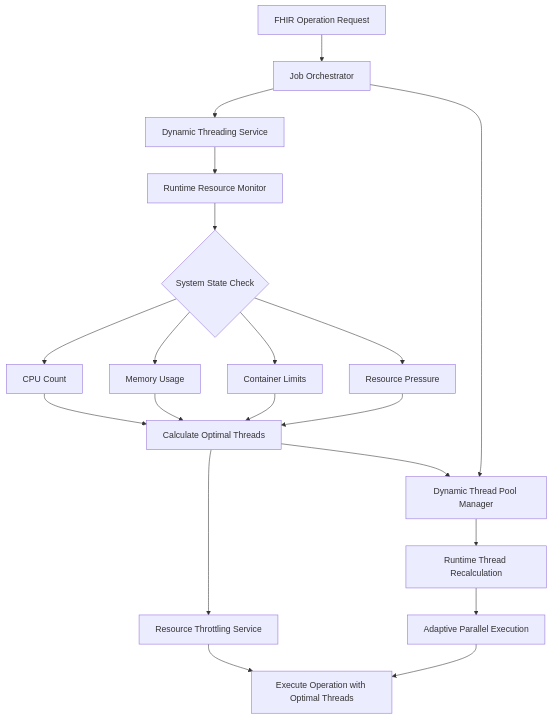
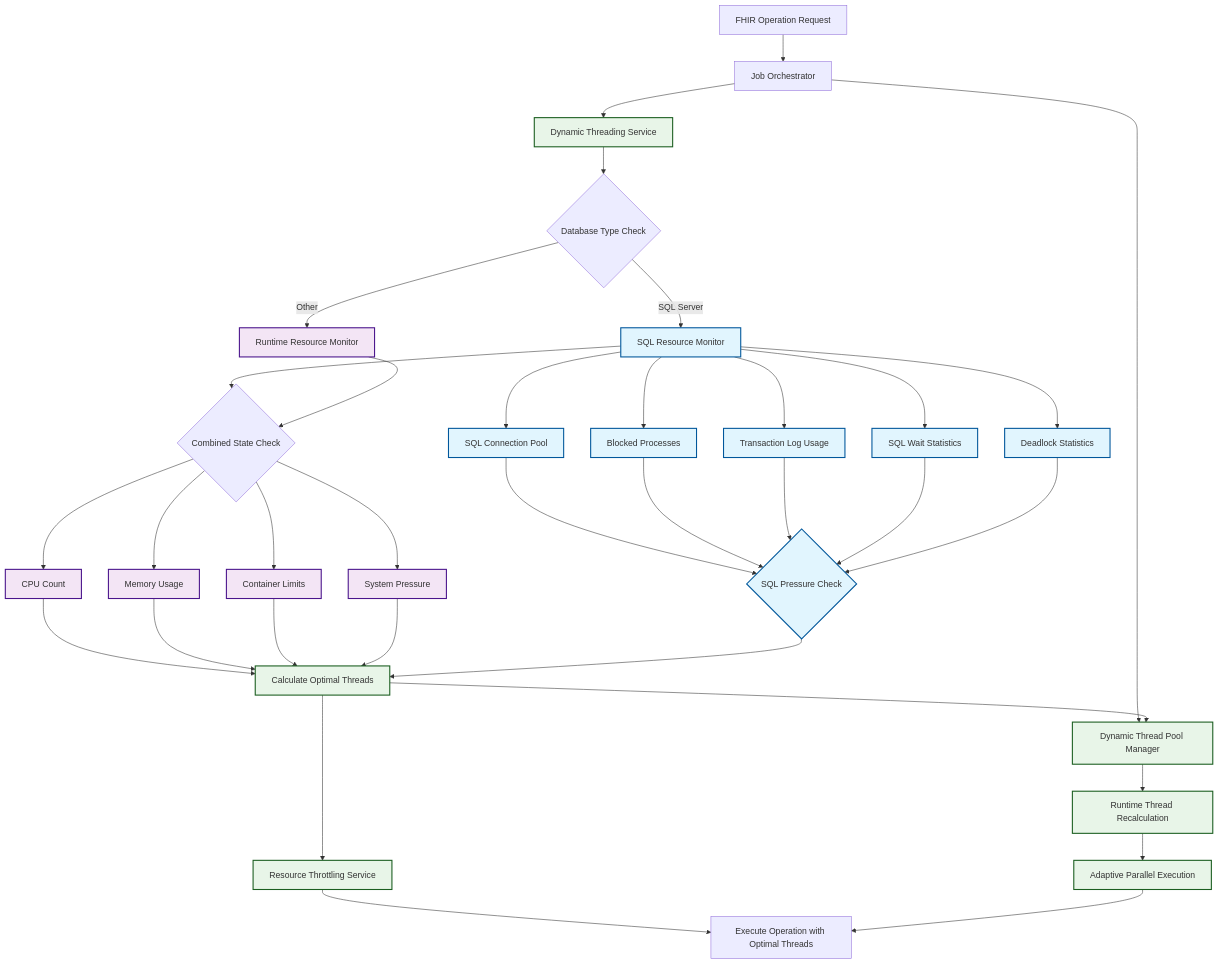
Before and after one commit to microsoft/fhir-server: the diagram in docs/DynamicThreadingService-Design.md, drawn with Mermaid. The commit also changed other lines of this file and 6 other files, not shown here.

Commit message:
Adding in SqlResourceMonitoring

````diff
--- a/docs/DynamicThreadingService-Design.md
+++ b/docs/DynamicThreadingService-Design.md
@@ -26,22 +26,44 @@
 ```mermaid
 graph TB
     A[FHIR Operation Request] --> B[Job Orchestrator]
     B --> C[Dynamic Threading Service]
     B --> M[Dynamic Thread Pool Manager]
-    C --> D[Runtime Resource Monitor]
-    D --> E{System State Check}
+    C --> D{Database Type Check}
+    D -->|SQL Server| S[SQL Resource Monitor]
+    D -->|Other| R[Runtime Resource Monitor]
+    S --> E{Combined State Check}
+    R --> E
     E --> F[CPU Count]
     E --> G[Memory Usage]
     E --> H[Container Limits]
-    E --> I[Resource Pressure]
+    E --> I[System Pressure]
+    S --> P[SQL Connection Pool]
+    S --> Q[Blocked Processes]
+    S --> T[Transaction Log Usage]
+    S --> U[SQL Wait Statistics]
+    S --> V[Deadlock Statistics]
+    P --> W{SQL Pressure Check}
+    Q --> W
+    T --> W
+    U --> W
+    V --> W
     F --> J[Calculate Optimal Threads]
     G --> J
     H --> J
     I --> J
+    W --> J
     J --> K[Resource Throttling Service]
     J --> M
     M --> N[Runtime Thread Recalculation]
     N --> O[Adaptive Parallel Execution]
     K --> L[Execute Operation with Optimal Threads]
     O --> L
+    
+    classDef sqlMonitoring fill:#e1f5fe,stroke:#01579b,stroke-width:2px
+    classDef systemMonitoring fill:#f3e5f5,stroke:#4a148c,stroke-width:2px
+    classDef threadingLogic fill:#e8f5e8,stroke:#1b5e20,stroke-width:2px
+    
+    class S,P,Q,T,U,V,W sqlMonitoring
+    class R,F,G,H,I systemMonitoring
+    class C,J,K,M,N,O threadingLogic
 ```
````
